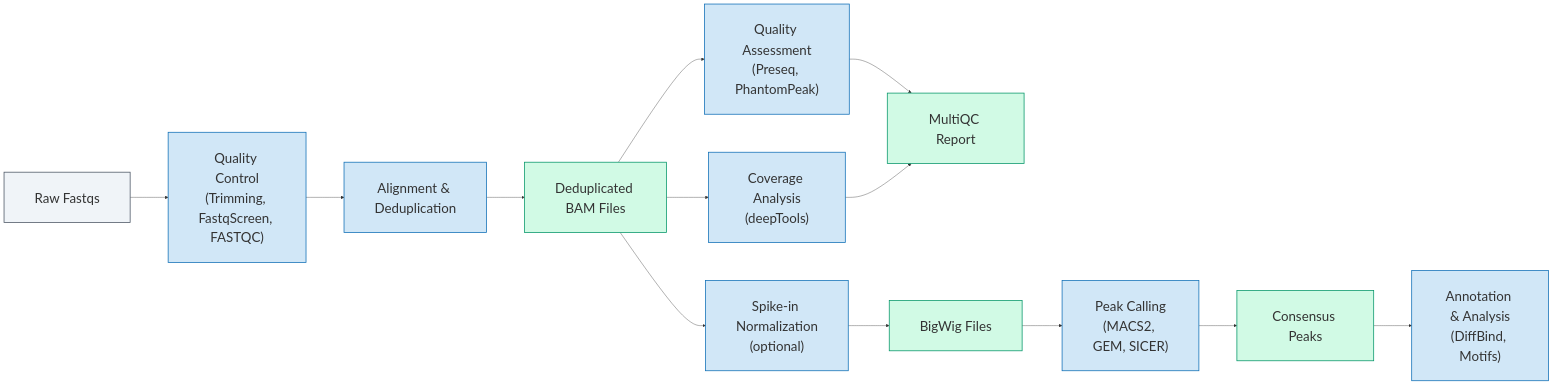
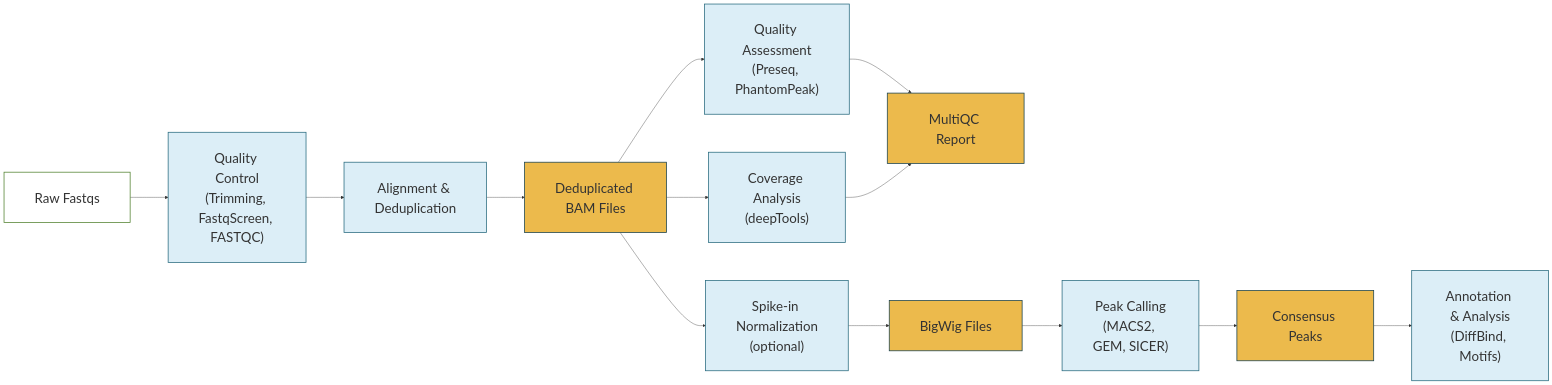
The diagram in docs/diagram/overview.md (CCBR/CHAMPAGNE), drawn with Mermaid before and after one commit. The commit also changed 1 other file, not shown here.

Commit message:
style: use fnl brand colors

````diff
--- a/docs/diagram/overview.md
+++ b/docs/diagram/overview.md
@@ -1,36 +1,36 @@
 ```mermaid
 flowchart LR
 
 %%{init: {
   "themeVariables": {
      "background": "transparent",
      "fontSize": "35px" },
   "flowchart": {
     "nodeSpacing": 100,
     "rankSpacing": 100,
     "padding": 40,
     "htmlLabels": true
 }}}%%
 
   %% High-level stages
   Raw["Raw Fastqs"]:::input
   Raw --> QC["Quality Control<br/>(Trimming, FastqScreen, FASTQC)"]:::process
   QC --> Align["Alignment & Deduplication"]:::process
   Align --> BAMs["Deduplicated BAM Files"]:::output
 
   BAMs --> Assessment["Quality Assessment<br/>(Preseq, PhantomPeak)"]:::process
   BAMs --> Deeptools["Coverage Analysis<br/>(deepTools)"]:::process
   BAMs --> Norm["Spike-in Normalization<br/>(optional)"]:::process
 
   Assessment --> Reports["MultiQC Report"]:::output
   Deeptools --> Reports
   Norm --> Bigwigs["BigWig Files"]:::output
   Bigwigs --> Peaks["Peak Calling<br/>(MACS2, GEM, SICER)"]:::process
   Peaks --> Consensus["Consensus Peaks"]:::output
   Consensus --> Downstream["Annotation & Analysis<br/>(DiffBind, Motifs)"]:::process
 
-  %% Styles
-  classDef input fill:#f0f4f8,stroke:#4b5563,stroke-width:2px;
-  classDef process fill:#d1e7f7,stroke:#0f6fb6,stroke-width:2px;
-  classDef output fill:#d1fae5,stroke:#059669,stroke-width:2px;
+  %% Styles - FNL branding theme
+  classDef input fill:#ffffff,stroke:#528230,stroke-width:2px;
+  classDef process fill:#dceef7,stroke:#296b7f,stroke-width:2px;
+  classDef output fill:#ecba4c,stroke:#19424e,stroke-width:2px;
 ```
````
